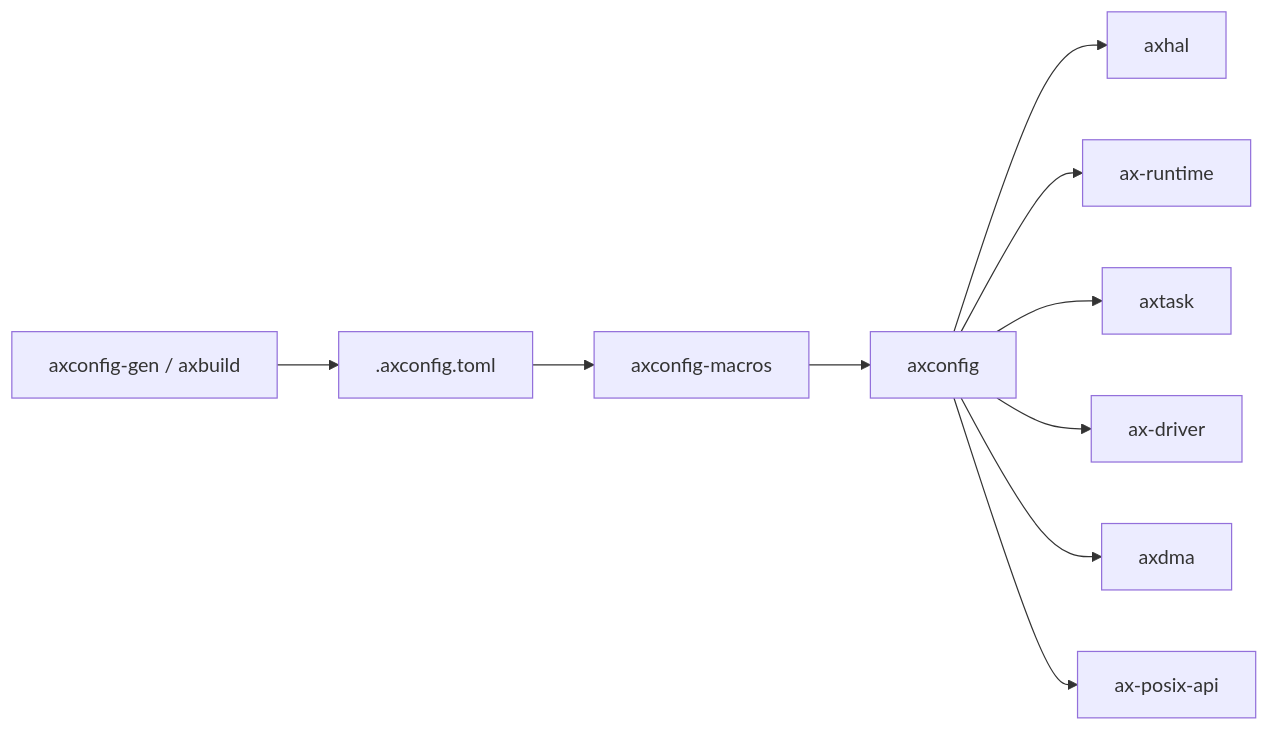
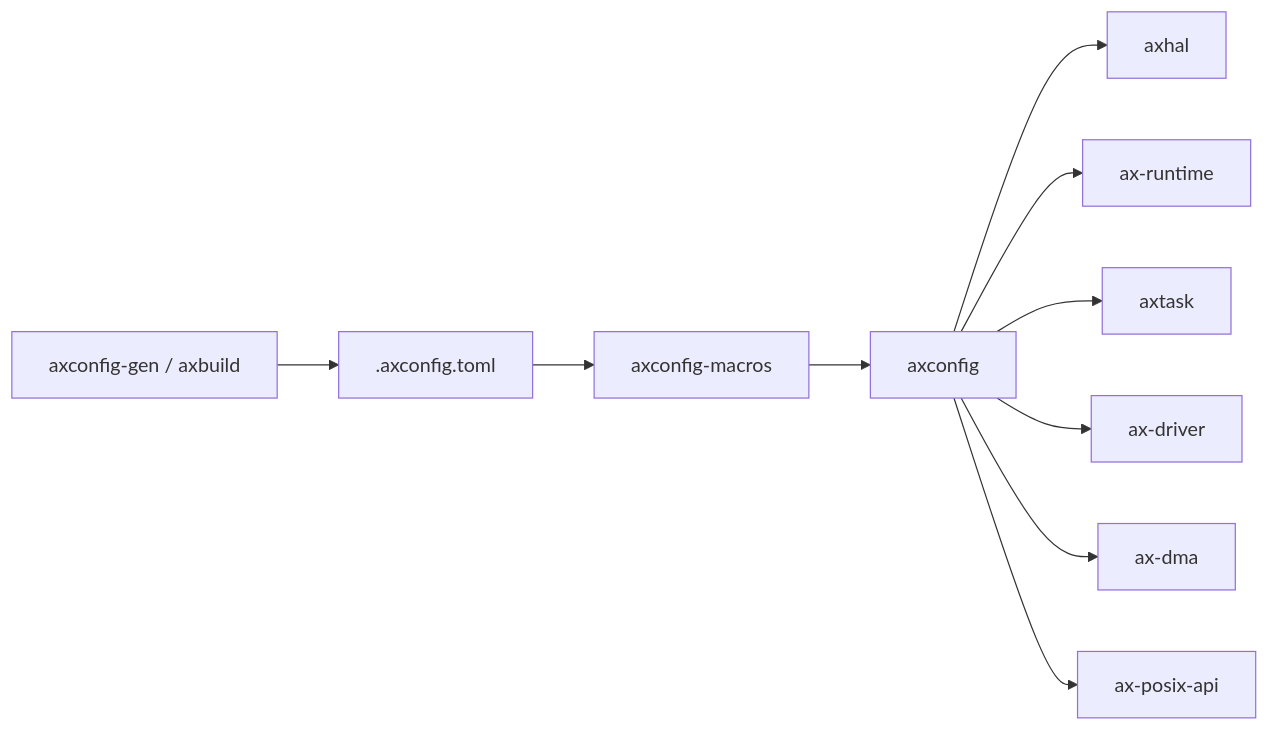
The second of 2 diagrams in docs/crates/axconfig.md (zKurisu/tgoskits), drawn with Mermaid before and after one commit. The commit also changed other lines of this file and 31 other files, not shown here.

Commit message:
rename axdma to ax-dma

````diff
--- a/docs/crates/axconfig.md
+++ b/docs/crates/axconfig.md
@@ -92,13 +92,13 @@
 ```mermaid
 graph LR
     gen["axconfig-gen / axbuild"] --> toml[".axconfig.toml"]
     toml --> macros["axconfig-macros"]
     macros --> axconfig["axconfig"]
 
     axconfig --> axhal["axhal"]
     axconfig --> ax-runtime["ax-runtime"]
     axconfig --> axtask["axtask"]
     axconfig --> ax-driver["ax-driver"]
-    axconfig --> axdma["axdma"]
+    axconfig --> ax_dma["ax-dma"]
     axconfig --> posix["ax-posix-api"]
 ```
````
